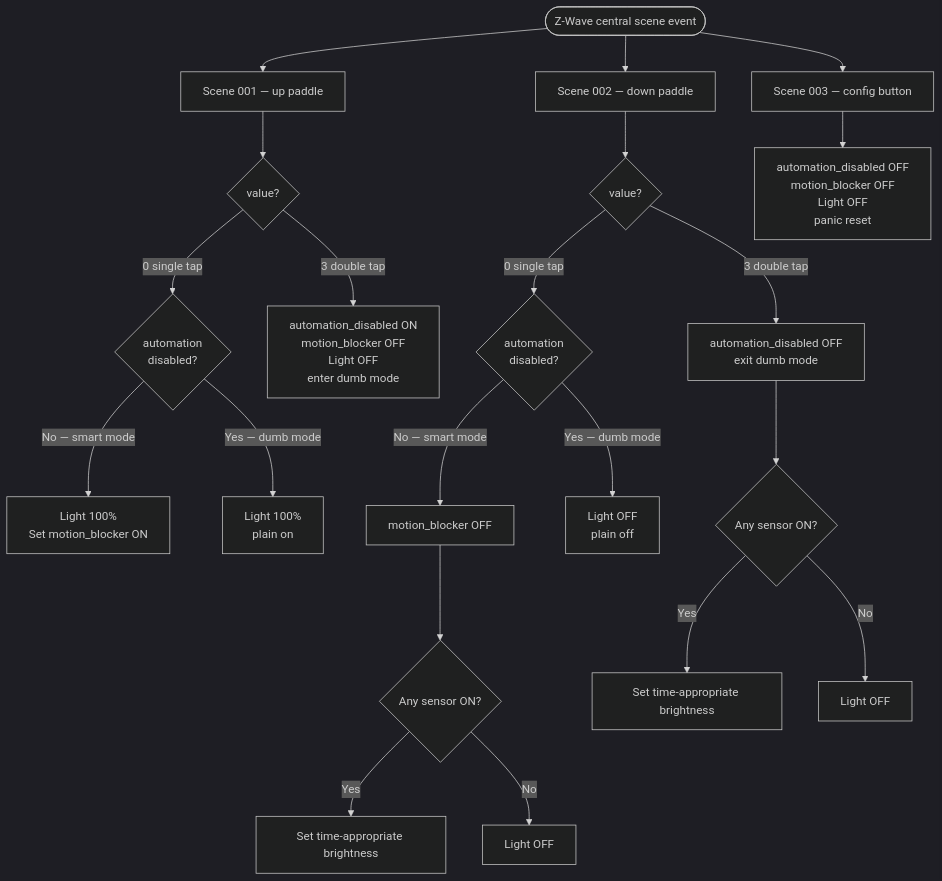
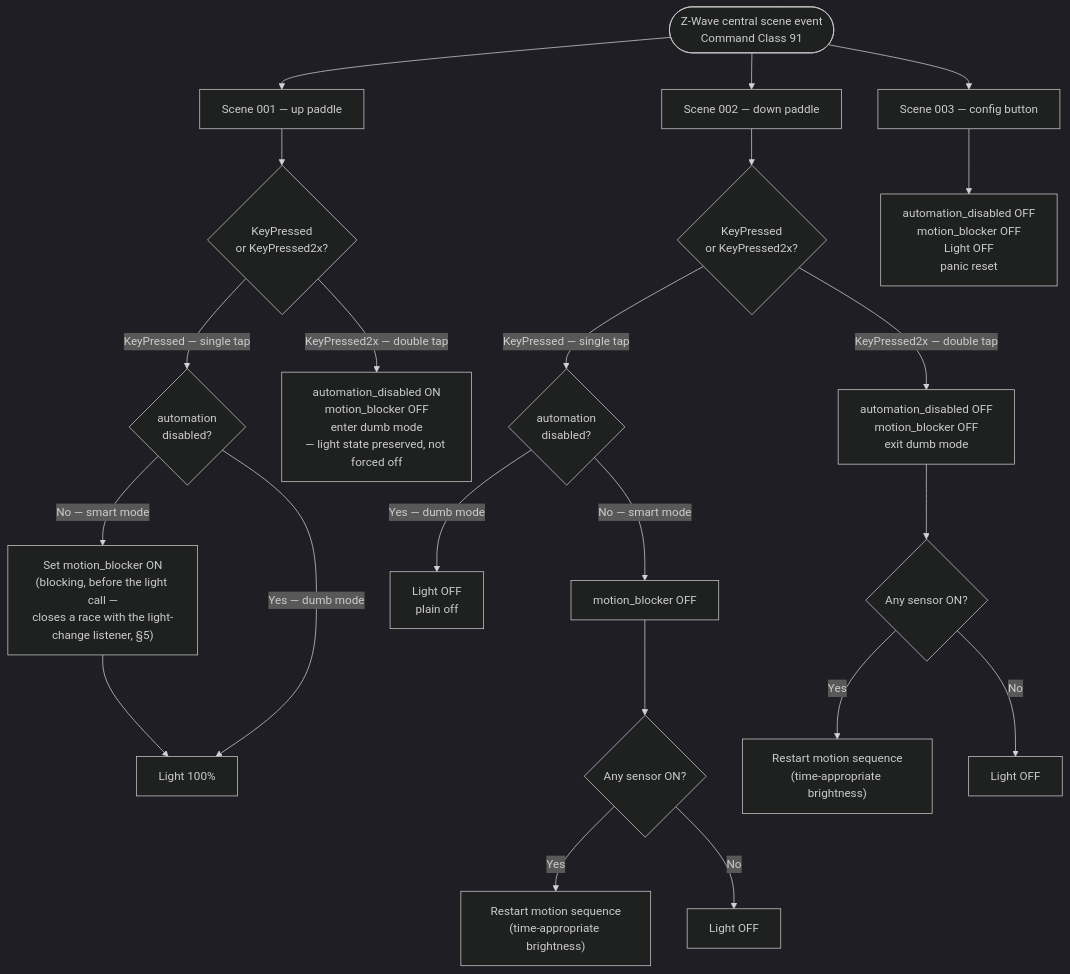
Before and after one commit to RyTsYdUp/luminary-ha: the third of 8 diagrams in docs/flow.md, drawn with Mermaid (dark theme). The commit also changed other lines of this file, not shown here.

First line of the commit message:
Rewrite flow diagrams for the Python integration, not the old YAML package

````diff
--- a/docs/flow.md
+++ b/docs/flow.md
@@ -100,28 +131,29 @@
 ```mermaid
 flowchart TD
-    EV(["Z-Wave central scene event"])
+    EV(["Z-Wave central scene event\nCommand Class 91"])
 
     EV --> S1["Scene 001 — up paddle"]
     EV --> S2["Scene 002 — down paddle"]
     EV --> S3["Scene 003 — config button"]
 
-    S1 --> V1{"value?"}
-    V1 -- "0  single tap" --> V1A{"automation\ndisabled?"}
-    V1A -- "No — smart mode" --> V1B["Light 100%\nSet motion_blocker ON"]
-    V1A -- "Yes — dumb mode" --> V1C["Light 100%\nplain on"]
-    V1 -- "3  double tap" --> V1D["automation_disabled ON\nmotion_blocker OFF\nLight OFF\nenter dumb mode"]
+    S1 --> V1{"KeyPressed\nor KeyPressed2x?"}
+    V1 -- "KeyPressed — single tap" --> V1A{"automation\ndisabled?"}
+    V1A -- "No — smart mode" --> V1B["Set motion_blocker ON\n(blocking, before the light call —\ncloses a race with the light-change listener, §5)"]
+    V1B --> V1E["Light 100%"]
+    V1A -- "Yes — dumb mode" --> V1E
+    V1 -- "KeyPressed2x — double tap" --> V1D["automation_disabled ON\nmotion_blocker OFF\nenter dumb mode\n— light state preserved, not forced off"]
 
-    S2 --> V2{"value?"}
-    V2 -- "0  single tap" --> V2A{"automation\ndisabled?"}
+    S2 --> V2{"KeyPressed\nor KeyPressed2x?"}
+    V2 -- "KeyPressed — single tap" --> V2A{"automation\ndisabled?"}
     V2A -- "No — smart mode" --> V2B["motion_blocker OFF"]
     V2B --> V2C{"Any sensor ON?"}
-    V2C -- Yes --> V2D["Set time-appropriate brightness"]
+    V2C -- Yes --> V2D["Restart motion sequence\n(time-appropriate brightness)"]
     V2C -- No --> V2E["Light OFF"]
     V2A -- "Yes — dumb mode" --> V2F["Light OFF\nplain off"]
-    V2 -- "3  double tap" --> V2G["automation_disabled OFF\nexit dumb mode"]
+    V2 -- "KeyPressed2x — double tap" --> V2G["automation_disabled OFF\nmotion_blocker OFF\nexit dumb mode"]
     V2G --> V2H{"Any sensor ON?"}
-    V2H -- Yes --> V2I["Set time-appropriate brightness"]
+    V2H -- Yes --> V2I["Restart motion sequence\n(time-appropriate brightness)"]
     V2H -- No --> V2J["Light OFF"]
 
     S3 --> V3["automation_disabled OFF\nmotion_blocker OFF\nLight OFF\npanic reset"]
 ```
````
